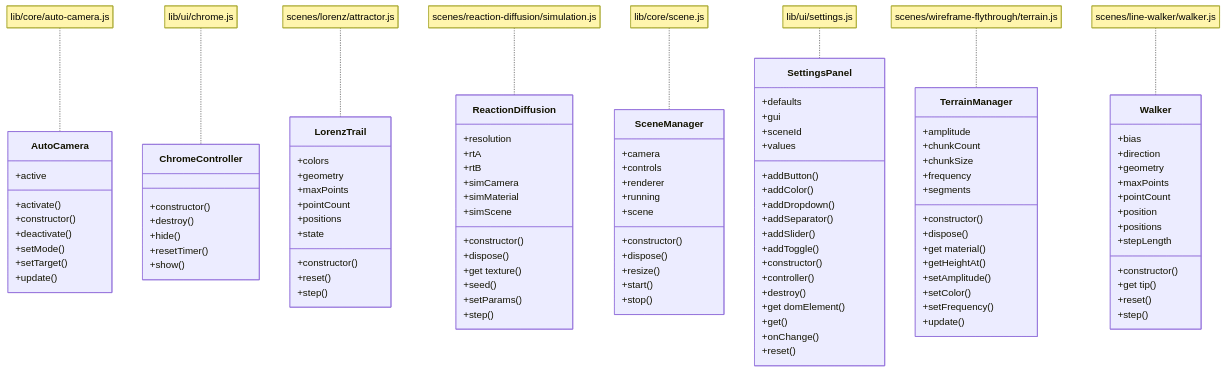
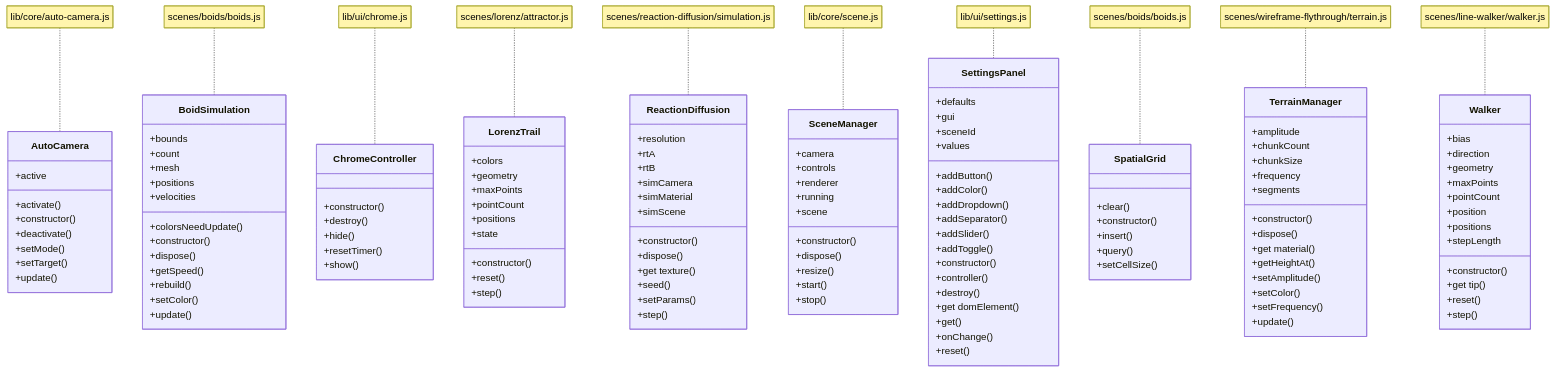
One commit to shitchell/stuff changed the second of 2 diagrams in docs/3d/ARCHITECTURE.md. Above: the diagram before and after it, drawn with Mermaid. The commit also changed other lines of this file and 7 other files, not shown here.

First line of the commit message:
Add Boids flocking simulation scene

```diff
--- a/docs/3d/ARCHITECTURE.md
+++ b/docs/3d/ARCHITECTURE.md
@@ -162,6 +178,21 @@
         +update()
     }
     note for AutoCamera "lib/core/auto-camera.js"
+    class BoidSimulation {
+        +bounds
+        +count
+        +mesh
+        +positions
+        +velocities
+        +colorsNeedUpdate()
+        +constructor()
+        +dispose()
+        +getSpeed()
+        +rebuild()
+        +setColor()
+        +update()
+    }
+    note for BoidSimulation "scenes/boids/boids.js"
     class ChromeController {
         +constructor()
         +destroy()
@@ -230,6 +261,14 @@
         +reset()
     }
     note for SettingsPanel "lib/ui/settings.js"
+    class SpatialGrid {
+        +clear()
+        +constructor()
+        +insert()
+        +query()
+        +setCellSize()
+    }
+    note for SpatialGrid "scenes/boids/boids.js"
     class TerrainManager {
         +amplitude
         +chunkCount
```
